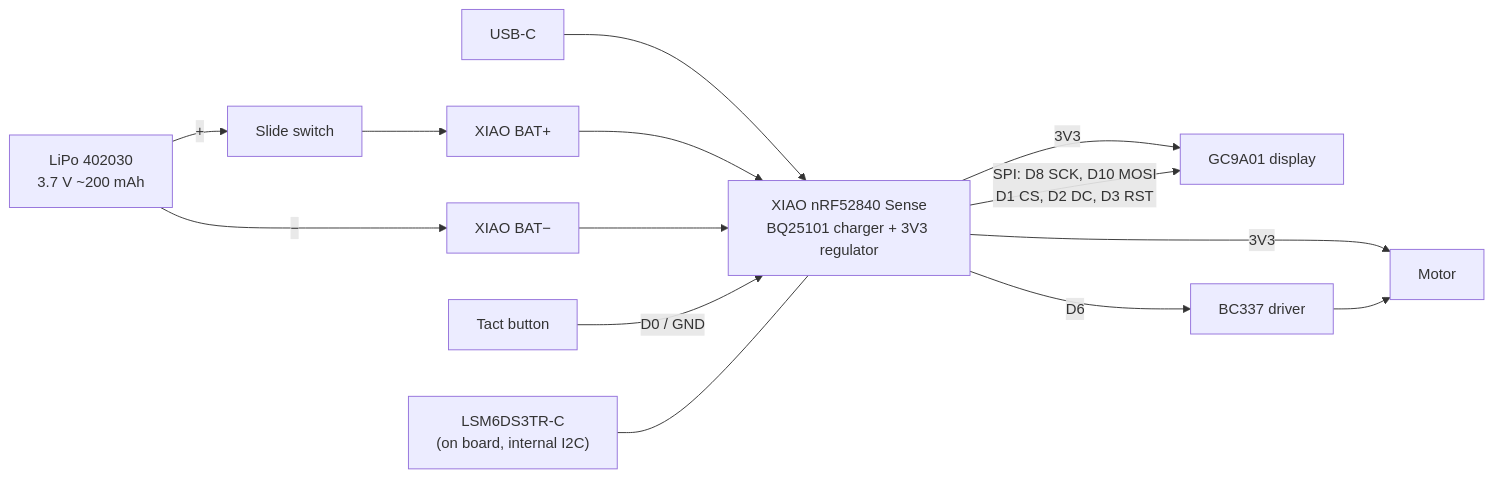
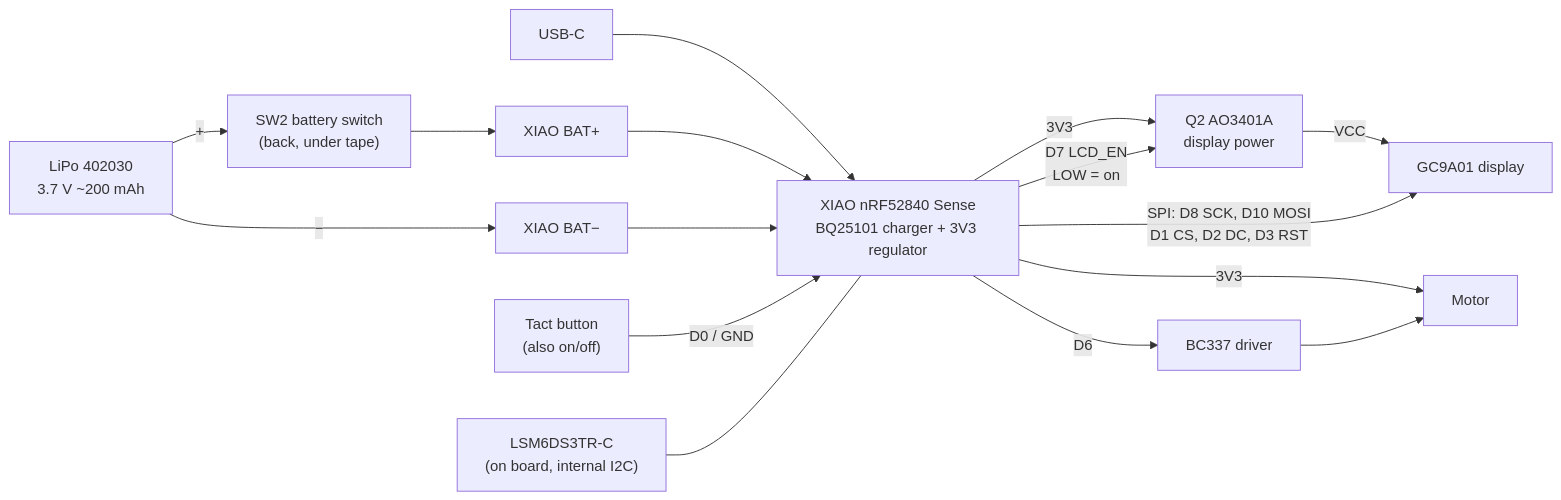
One commit to elymsyr/mysterychain changed the diagram in electronics/README.md. Above: the diagram before and after it, drawn with Mermaid. The commit also changed other lines of this file and 44 other files, not shown here.

First line of the commit message:
case v7, switchless button power, tethered USB plug

````diff
--- a/electronics/README.md
+++ b/electronics/README.md
@@ -10,16 +10,18 @@
 ```mermaid
 flowchart LR
-    BAT["LiPo 402030<br/>3.7 V ~200 mAh"] -->|"+"| SW["Slide switch"]
-    SW --> BATP["XIAO BAT+"]
+    BAT["LiPo 402030<br/>3.7 V ~200 mAh"] -->|"+"| SW2["SW2 battery switch<br/>(back, under tape)"]
+    SW2 --> BATP["XIAO BAT+"]
     BAT -->|"−"| BATN["XIAO BAT−"]
     USB["USB-C"] --> XIAO
     BATP --> XIAO["XIAO nRF52840 Sense<br/>BQ25101 charger + 3V3 regulator"]
     BATN --> XIAO
-    XIAO -->|"3V3"| DISP["GC9A01 display"]
+    XIAO -->|"3V3"| Q2["Q2 AO3401A<br/>display power"]
+    XIAO -->|"D7 LCD_EN<br/>LOW = on"| Q2
+    Q2 -->|"VCC"| DISP["GC9A01 display"]
     XIAO -->|"SPI: D8 SCK, D10 MOSI<br/>D1 CS, D2 DC, D3 RST"| DISP
     XIAO -->|"D6"| DRV["BC337 driver"]
     XIAO -->|"3V3"| MOT["Motor"]
     DRV --> MOT
-    BTN["Tact button"] -->|"D0 / GND"| XIAO
+    BTN["Tact button<br/>(also on/off)"] -->|"D0 / GND"| XIAO
     IMU["LSM6DS3TR-C<br/>(on board, internal I2C)"] --- XIAO
 ```
````
